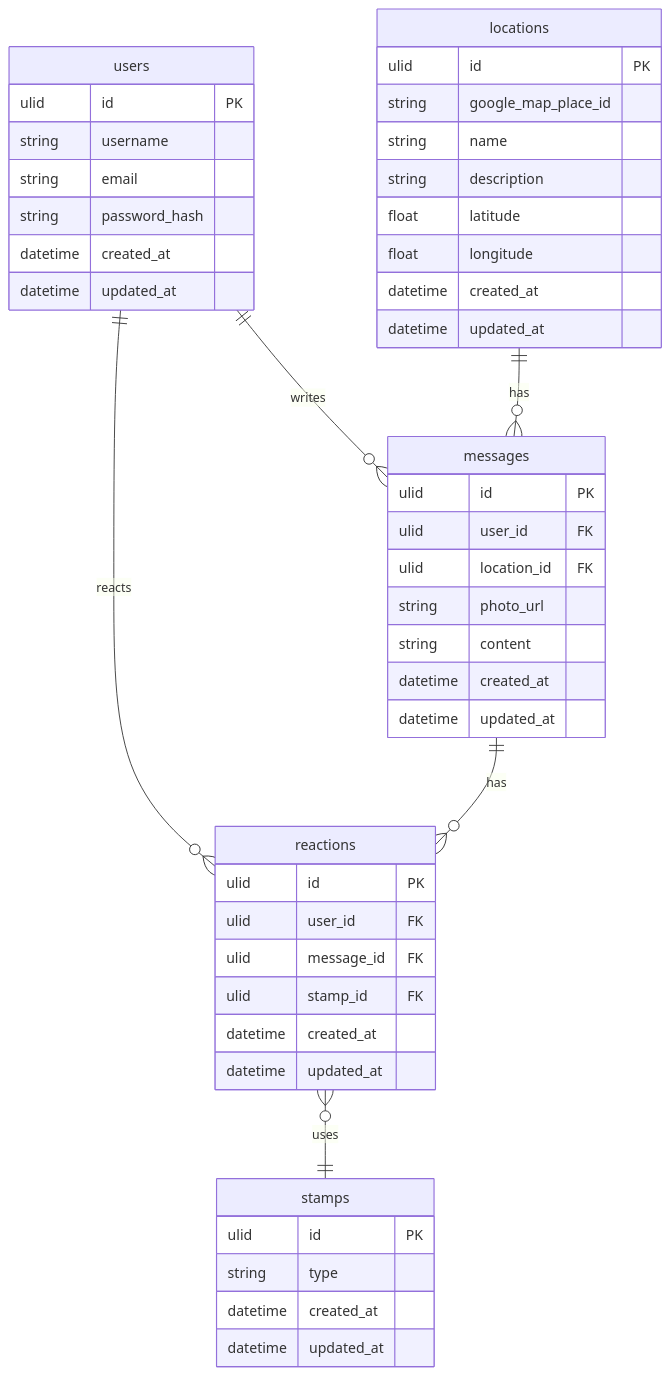
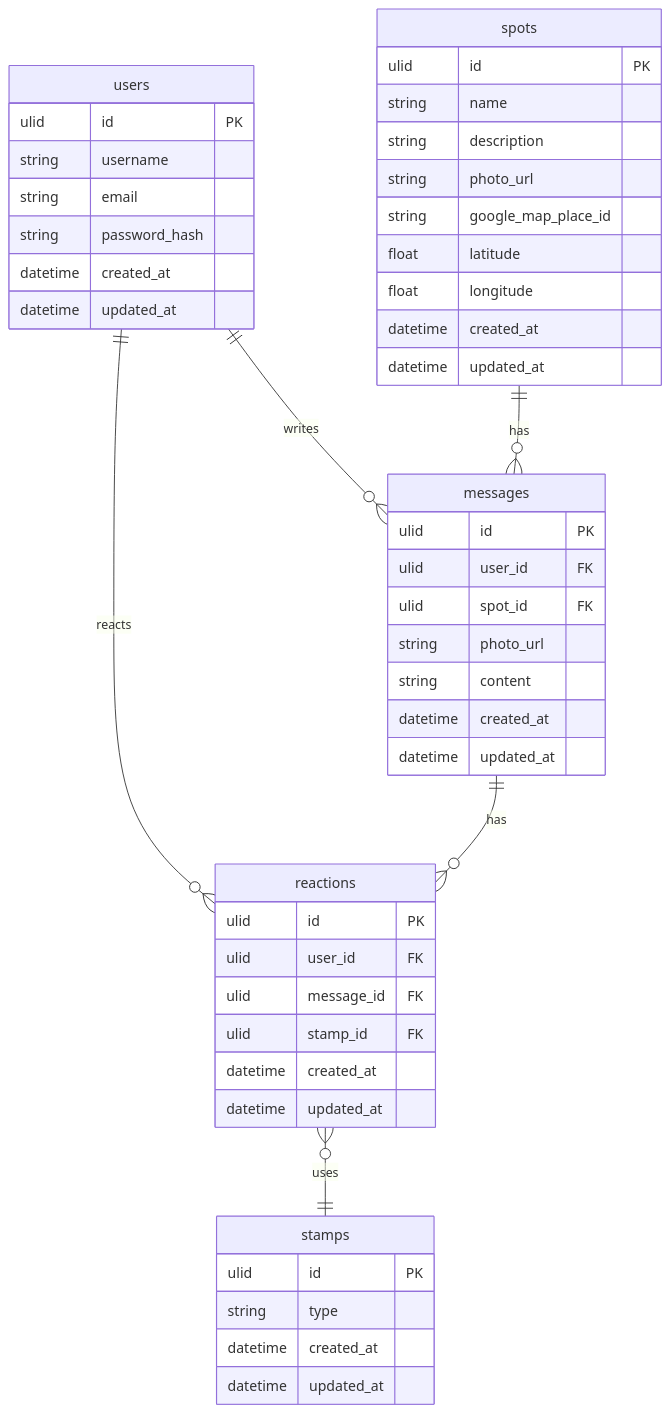
One commit to jphacks/tk_2407 changed the diagram in ER.md. Above: the diagram before and after it, drawn with Mermaid.

Commit message:
:bug: change locations -> spots

````diff
--- a/ER.md
+++ b/ER.md
@@ -1,54 +1,55 @@
 ```mermaid
 erDiagram
     users ||--o{ messages : "writes"
     users ||--o{ reactions : "reacts"
     messages ||--o{ reactions : "has"
     reactions }o--|| stamps : "uses"
-    locations ||--o{ messages : "has"
+    spots ||--o{ messages : "has"
 
     users {
         ulid id PK
         string username
         string email
         string password_hash
         datetime created_at
         datetime updated_at
     }
-
-    locations {
+    
+    spots {
         ulid id PK
-        string google_map_place_id
         string name
         string description
+        string photo_url
+        string google_map_place_id
         float latitude
         float longitude
         datetime created_at
         datetime updated_at
     }
 
     messages {
         ulid id PK
         ulid user_id FK
-        ulid location_id FK
+        ulid spot_id FK
         string photo_url
         string content
         datetime created_at
         datetime updated_at
     }
 
     stamps {
         ulid id PK
         string type
         datetime created_at
         datetime updated_at
     }
 
     reactions {
         ulid id PK
         ulid user_id FK
         ulid message_id FK
         ulid stamp_id FK
         datetime created_at
         datetime updated_at
     }
 ```
````
